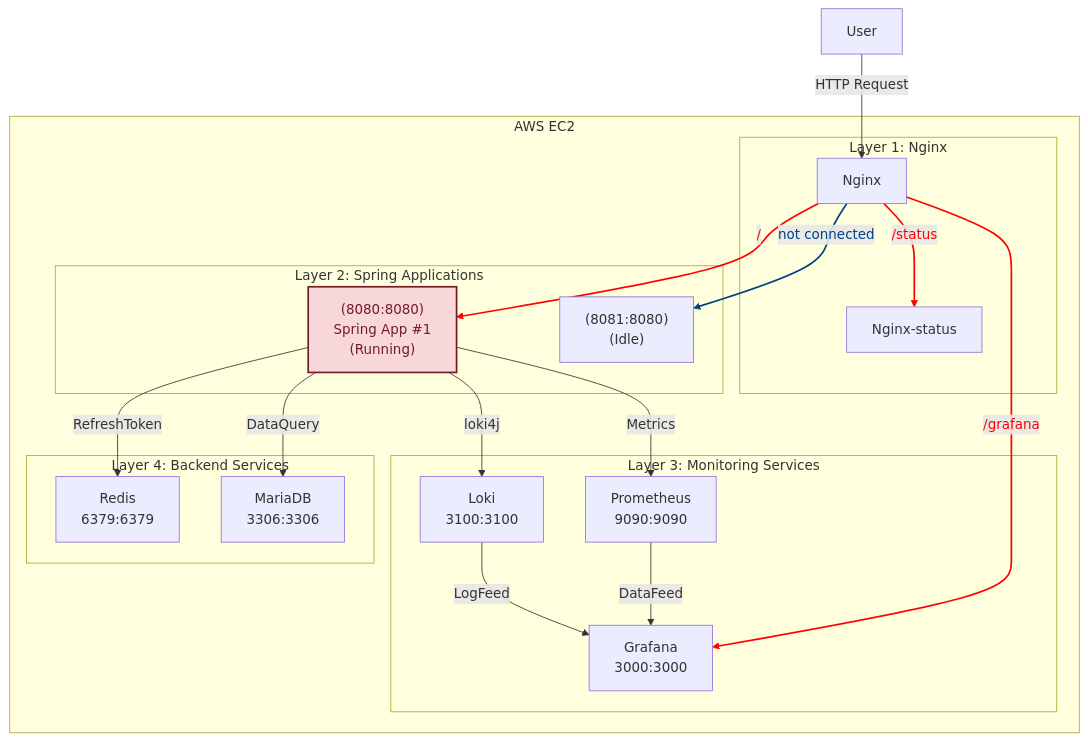
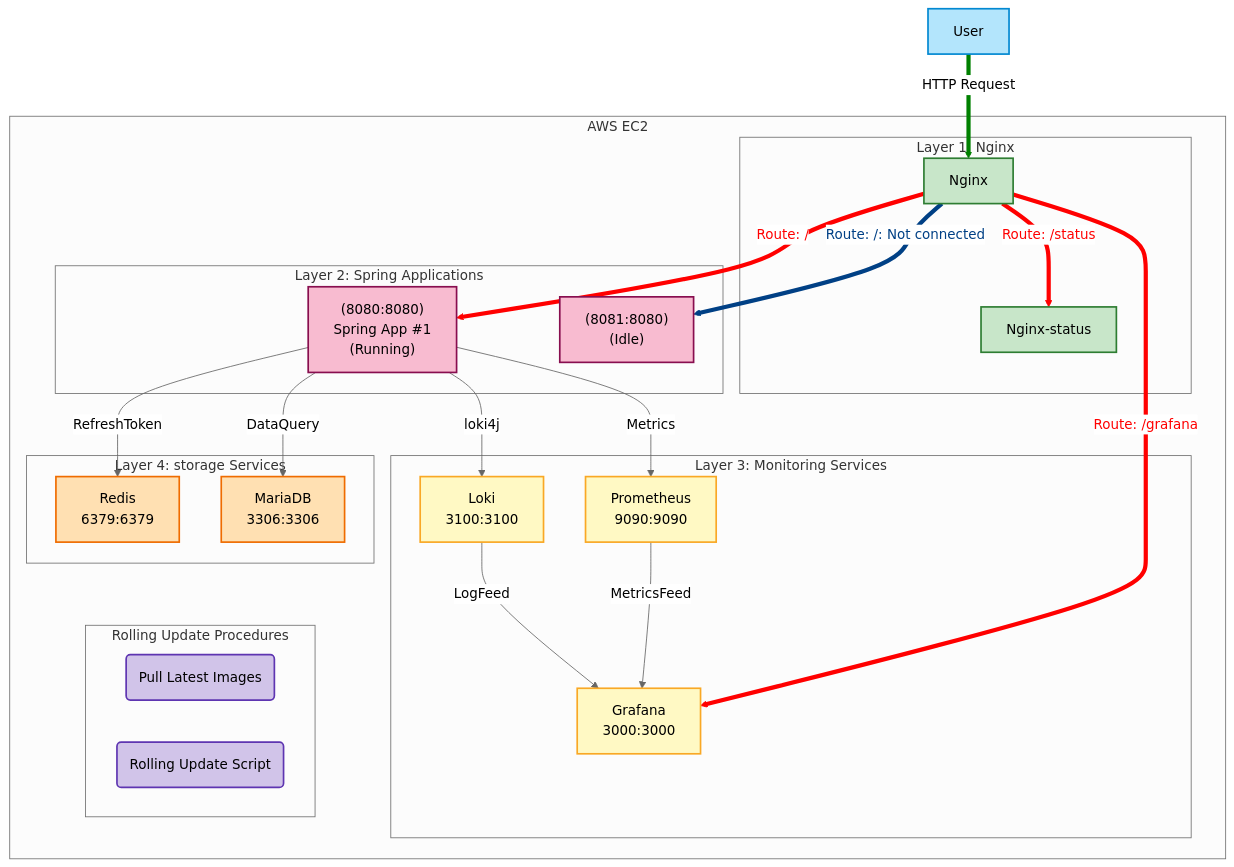
One commit to tape4/spring-cicd-template changed the first of 5 diagrams in README.md. Above: the diagram before and after it, drawn with Mermaid. The commit also changed other lines of this file, not shown here.

````diff
--- a/README.md
+++ b/README.md
@@ -8,59 +8,71 @@
 ```mermaid
+%%{init: {'theme': 'neutral', 'themeVariables': { 'background': '#F0F0F0' }}}%%
 flowchart TD
-		%% 노드에 적용할 클래스 정의
+	%% 노드에 적용할 클래스 정의
     classDef redText fill:#f8d7da,stroke:#721c24,stroke-width:2px,color:#721c24;
     classDef blueText fill:#cce5ff,stroke:#004085,stroke-width:2px,color:#004085;
-    
+    classDef external fill:#b3e5fc,stroke:#0288d1,stroke-width:2px;
+    classDef nginx fill:#c8e6c9,stroke:#2e7d32,stroke-width:2px;
+    classDef app fill:#f8bbd0,stroke:#880e4f,stroke-width:2px;
+    classDef monitor fill:#fff9c4,stroke:#f9a825,stroke-width:2px;
+    classDef storage fill:#ffe0b2,stroke:#ef6c00,stroke-width:2px;
+    classDef management fill:#d1c4e9,stroke:#5e35b1,stroke-width:2px;
+
     %% 외부 사용자 노드
-    U[User]
+    U[User]:::external
 
     %% AWS EC2 내 시스템 전체를 묶는 서브그래프
     subgraph "AWS EC2"
         %% Layer 1: Nginx
         subgraph "Layer 1: Nginx"
-          N[Nginx]
-          NS[Nginx-status]
+          N[Nginx]:::nginx
+          NS[Nginx-status]:::nginx
         end
 
         %% Layer 2: Spring Applications
         subgraph "Layer 2: Spring Applications"
-          S1["(8080:8080)<br/>Spring App #1<br/>(Running)"]
-          S2["(8081:8080)<br/>(Idle)"]
-	        class S1 redText
+          S1["(8080:8080)<br/>Spring App #1<br/>(Running)"]:::app
+          S2["(8081:8080)<br/>(Idle)"]:::app
         end
 
         %% Layer 3: Monitoring Services
         subgraph "Layer 3: Monitoring Services"
-          P[Prometheus<br/>9090:9090]
-          G[Grafana<br/>3000:3000]
-          L[Loki<br/>3100:3100]
+          P[Prometheus<br/>9090:9090]:::monitor
+          G[Grafana<br/>3000:3000]:::monitor
+          L[Loki<br/>3100:3100]:::monitor
         end
 
-        %% Layer 4: Backend Services
-        subgraph "Layer 4: Backend Services"
-          R[Redis<br/>6379:6379]
-          D[MariaDB<br/>3306:3306]
+        %% Layer 4: storage Services
+        subgraph "Layer 4: storage Services"
+          R[Redis<br/>6379:6379]:::storage
+          D[MariaDB<br/>3306:3306]:::storage
+        end
+
+        subgraph "Rolling Update Procedures"
+            PULL("Pull Latest Images"):::management
+            ROLL_UPDATE("Rolling Update Script"):::management
         end
 
         %% 내부 연결
-        N -- "/" --> S1
-        N -- "not connected" --> S2
-        N -- "/status" --> NS
-        N -- "/grafana" --> G
+        N -- "Route: /" --> S1
+        N -- "Route: /: Not connected" --> S2
+        N -- "Route: /status" --> NS
+        N -- "Route: /grafana" --> G
 
         S1 -- "Metrics" --> P
         S1 -- "loki4j" --> L
         S1 -- "RefreshToken" --> R
         S1 -- "DataQuery" --> D
 
-        P -- "DataFeed" --> G
-	L -- "LogFeed" --> G
+        P -- "MetricsFeed" --> G
+	    L -- "LogFeed" --> G
     end
 
     U -->|HTTP Request| N
     
-    linkStyle 0 stroke:#ff0000, stroke-width:2px, color:#ff0000
-    linkStyle 1 stroke:#004085, stroke-width:2px, color:#004085
-    linkStyle 2 stroke:#ff0000, stroke-width:2px, color:#ff0000
-    linkStyle 3 stroke:#ff0000, stroke-width:2px, color:#ff0000
+    linkStyle 0 stroke:#ff0000, stroke-width:5px, color:#ff0000
+    linkStyle 1 stroke:#004085, stroke-width:5px, color:#004085
+    linkStyle 2 stroke:#ff0000, stroke-width:5px, color:#ff0000
+    linkStyle 3 stroke:#ff0000, stroke-width:5px, color:#ff0000
+    linkStyle 10 stroke:#008000, stroke-width:5px, color:#000000
 ```
````
